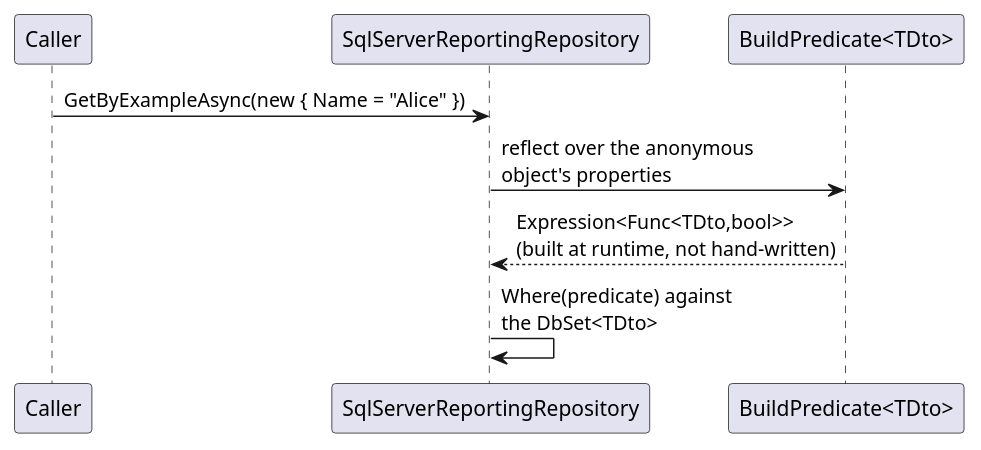
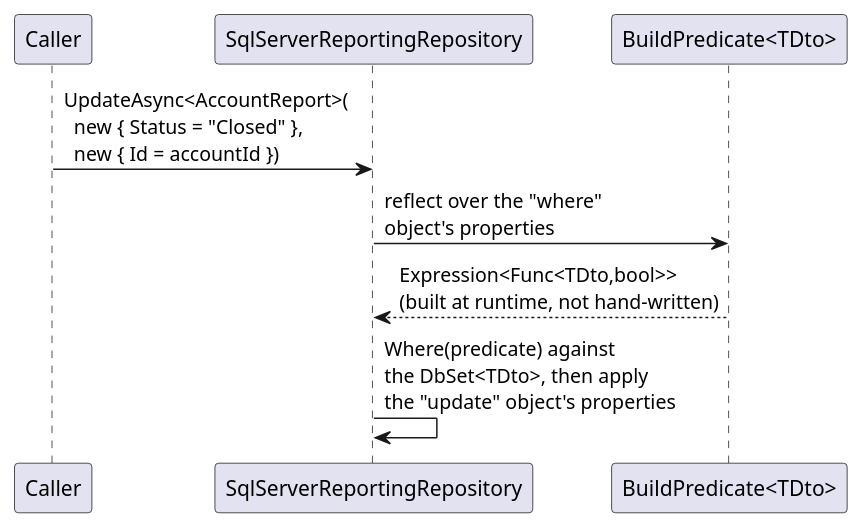
The third of 3 diagrams in docs/patterns/ddd-building-blocks.md (Mwwhited-BookLearning/fohjin-cqrs), drawn with PlantUML before and after one commit. The commit also changed other lines of this file and 47 other files, not shown here.

````diff
--- a/docs/patterns/ddd-building-blocks.md
+++ b/docs/patterns/ddd-building-blocks.md
@@ -105,12 +108,12 @@
 ```plantuml
 @startuml
 participant "Caller" as Caller
 participant "SqlServerReportingRepository" as Repo
 participant "BuildPredicate<TDto>" as Builder
 
-Caller -> Repo : GetByExampleAsync(new { Name = "Alice" })
-Repo -> Builder : reflect over the anonymous\nobject's properties
+Caller -> Repo : UpdateAsync<AccountReport>(\n  new { Status = "Closed" },\n  new { Id = accountId })
+Repo -> Builder : reflect over the "where"\nobject's properties
 Builder --> Repo : Expression<Func<TDto,bool>>\n(built at runtime, not hand-written)
-Repo -> Repo : Where(predicate) against\nthe DbSet<TDto>
+Repo -> Repo : Where(predicate) against\nthe DbSet<TDto>, then apply\nthe "update" object's properties
 @enduml
 ```
````
